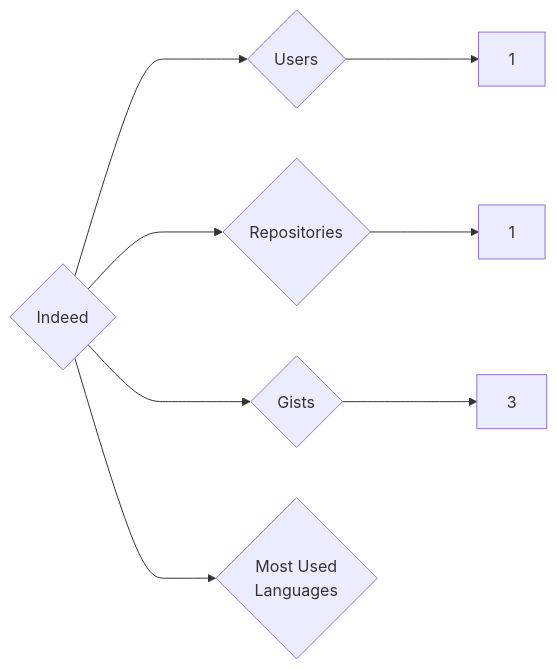
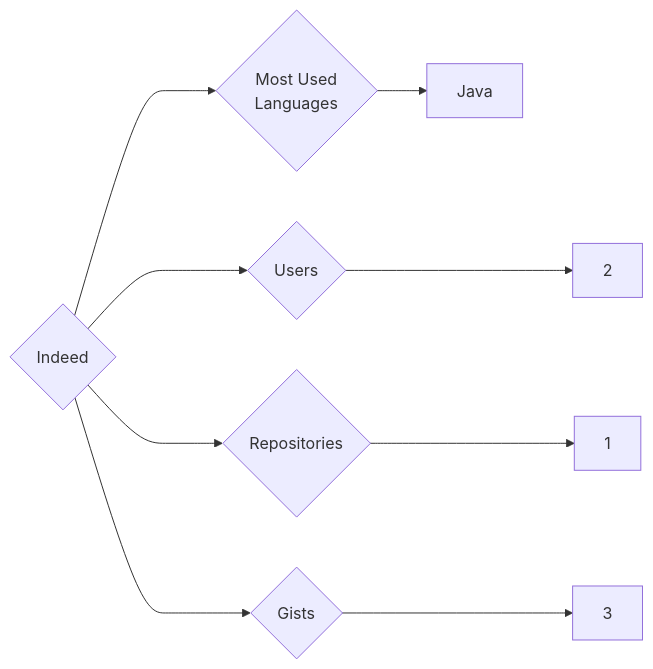
The diagram in targets/Indeed/README.md (trickest/insiders), drawn with Mermaid before and after one commit. The commit also changed 912 other files, not shown here.

````diff
--- a/targets/Indeed/README.md
+++ b/targets/Indeed/README.md
@@ -3,8 +3,9 @@
 ```mermaid
 graph LR
 COMPANY_NAME{Indeed}
-COMPANY_NAME ---> U{Users} ---> UN[1]
+COMPANY_NAME ---> U{Users} ---> UN[2]
 COMPANY_NAME ---> R{Repositories} ---> RN[1]
 COMPANY_NAME ---> G{Gists} ---> GN[3]
 COMPANY_NAME ---> ML{Most Used<br>Languages}
+ML --> Java[Java]
 ```
````
